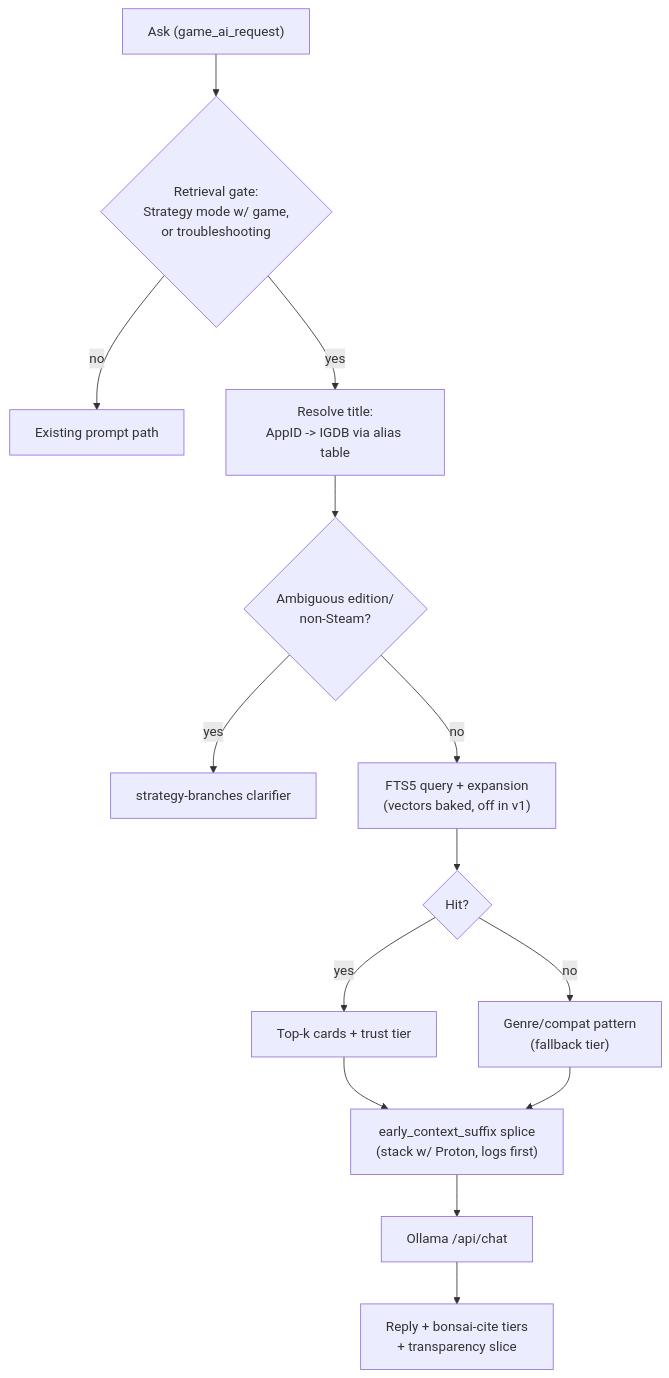
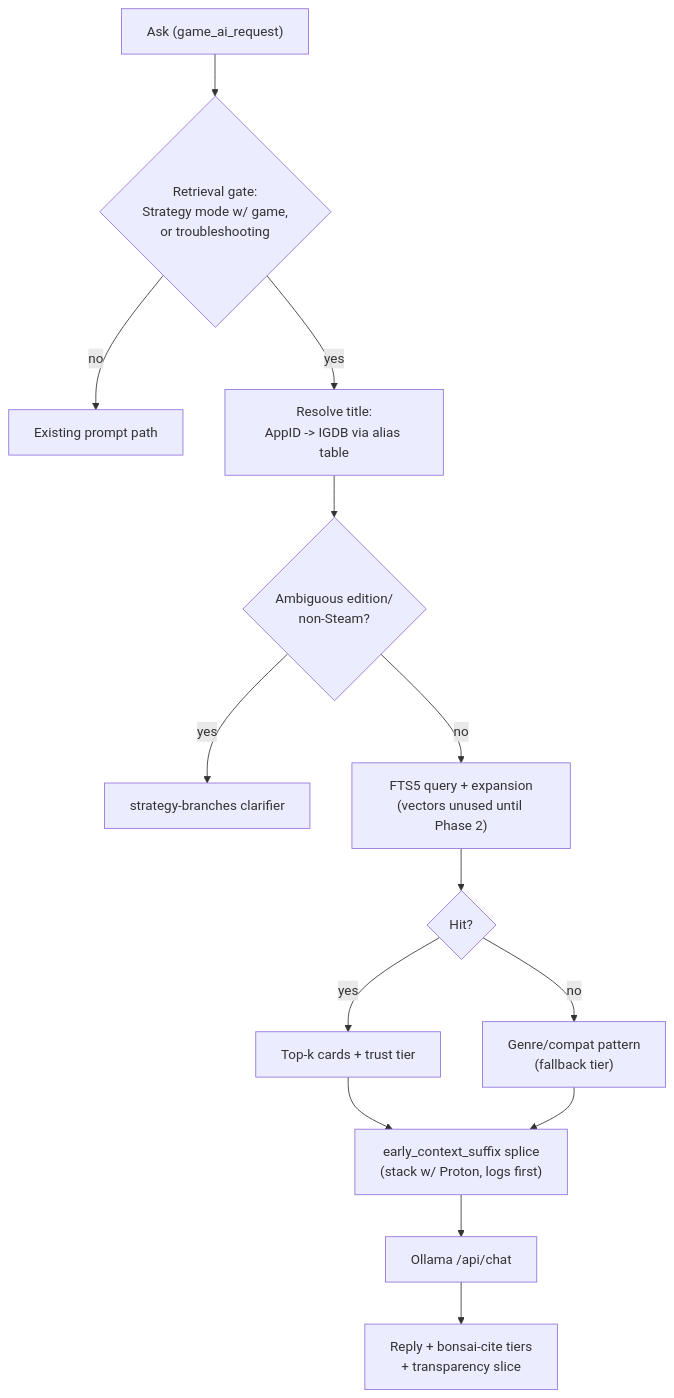
One commit to cantcurecancer/bonsAI changed the diagram in docs/knowledge-base.md. Above: the diagram before and after it, drawn with Mermaid. The commit also changed other lines of this file and 4 other files, not shown here.

Commit message:
Update knowledge base and roadmap documentation to reflect Phase 2 hybrid retrieval plans, including details on embedding vectors and transparency labels. Enhance troubleshooting guidance for knowledge base installation and retrieval processes.

````diff
--- a/docs/knowledge-base.md
+++ b/docs/knowledge-base.md
@@ -11,16 +11,16 @@
 ```mermaid
 flowchart TD
   ask["Ask (game_ai_request)"] --> gate{"Retrieval gate:<br/>Strategy mode w/ game,<br/>or troubleshooting"}
   gate -->|no| passthrough["Existing prompt path"]
   gate -->|yes| resolve["Resolve title:<br/>AppID -> IGDB via alias table"]
   resolve --> ambiguous{"Ambiguous edition/<br/>non-Steam?"}
   ambiguous -->|yes| clarifier["strategy-branches clarifier"]
-  ambiguous -->|no| retrieve["FTS5 query + expansion<br/>(vectors baked, off in v1)"]
+  ambiguous -->|no| retrieve["FTS5 query + expansion<br/>(vectors unused until Phase 2)"]
   retrieve --> hit{"Hit?"}
   hit -->|yes| cards["Top-k cards + trust tier"]
   hit -->|no| genre["Genre/compat pattern<br/>(fallback tier)"]
   cards --> splice["early_context_suffix splice<br/>(stack w/ Proton, logs first)"]
   genre --> splice
   splice --> model["Ollama /api/chat"]
   model --> reply["Reply + bonsai-cite tiers<br/>+ transparency slice"]
 ```
````
